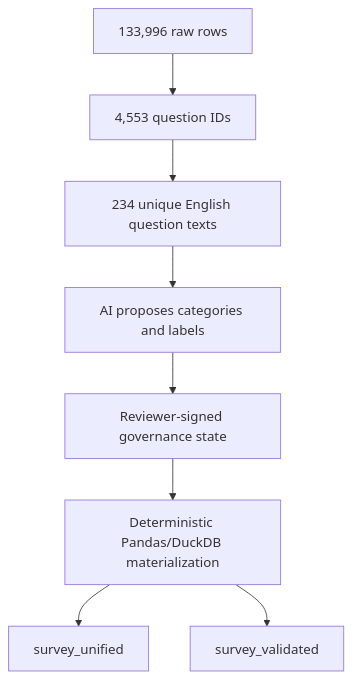
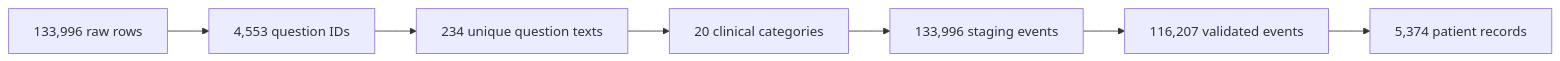
Before and after one commit to s6endemi/UniQ: the second of 6 diagrams in WELLSTER_TECH_DEEPDIVE_EXTERNAL.md, drawn with Mermaid. The commit also changed other lines of this file, not shown here.

````diff
--- a/WELLSTER_TECH_DEEPDIVE_EXTERNAL.md
+++ b/WELLSTER_TECH_DEEPDIVE_EXTERNAL.md
@@ -95,10 +67,9 @@
 ```mermaid
-flowchart TD
-    input[133,996 raw rows] --> qids[4,553 question IDs]
-    qids --> patterns[234 unique English question texts]
-    patterns --> ai[AI proposes categories and labels]
-    ai --> governance[Reviewer-signed governance state]
-    governance --> apply[Deterministic Pandas/DuckDB materialization]
-    apply --> unified[survey_unified]
-    apply --> validated[survey_validated]
+flowchart LR
+    raw[133,996 raw rows] --> qids[4,553 question IDs]
+    qids --> patterns[234 unique question texts]
+    patterns --> categories[20 clinical categories]
+    categories --> unified[133,996 staging events]
+    unified --> validated[116,207 validated events]
+    validated --> patients[5,374 patient records]
 ```
````
